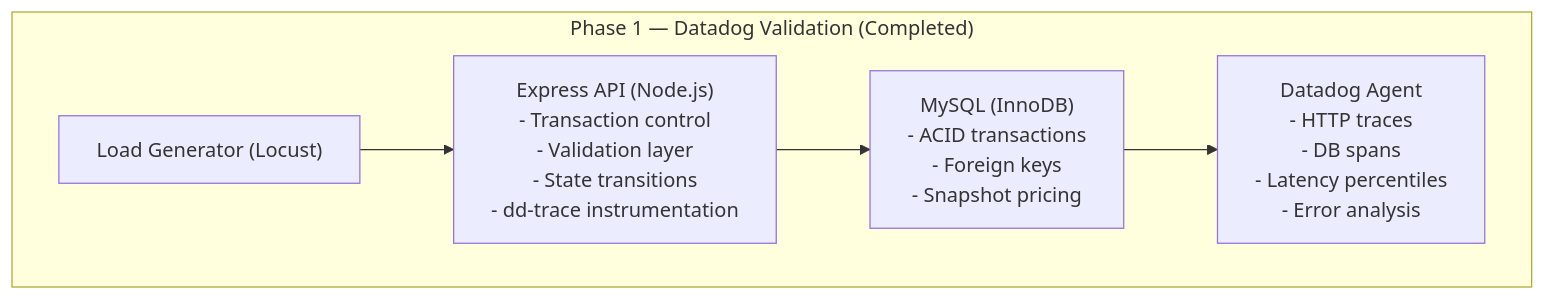
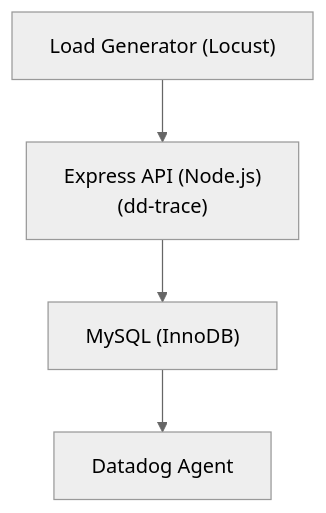
The first of 2 diagrams in README.md (nelsiroh/mysql-api-project), drawn with Mermaid before and after one commit. The commit also changed other lines of this file, not shown here.

Commit message:
More mermaid diagram testing

````diff
--- a/README.md
+++ b/README.md
@@ -75,9 +75,13 @@
 ```mermaid
-%%{init: {'theme':'default','themeVariables':{'fontSize':'16px'}}}%%
+%%{init: {'theme':'neutral','themeVariables':{'fontSize':'16px'}}}%%
 flowchart TD
-subgraph P1["Phase 1 — Datadog Validation (Completed)"]
-  L1["Load Generator (Locust)"] --> A1["Express API (Node.js)<br/>- Transaction control<br/>- Validation layer<br/>- State transitions<br/>- dd-trace instrumentation"]
-  A1 --> D1["MySQL (InnoDB)<br/>- ACID transactions<br/>- Foreign keys<br/>- Snapshot pricing"]
-  D1 --> G1["Datadog Agent<br/>- HTTP traces<br/>- DB spans<br/>- Latency percentiles<br/>- Error analysis"]
-end
+
+L["Load Generator (Locust)"]
+A["Express API (Node.js)<br/>(dd-trace)"]
+D["MySQL (InnoDB)"]
+G["Datadog Agent"]
+
+L --> A
+A --> D
+D --> G
 ```
````
